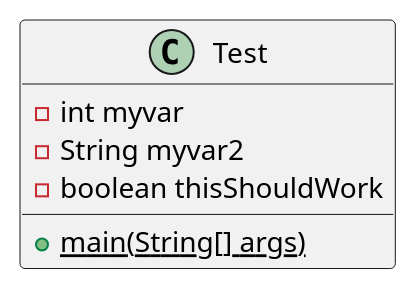
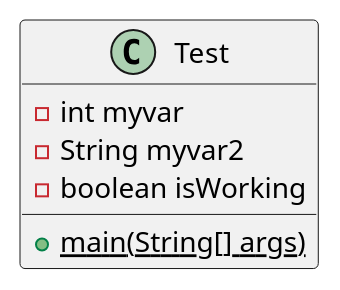
Before and after one commit to andrewdimmer/csi-3370-software-project-config-test: the diagram in docs/uml/test.puml, drawn with PlantUML.

```diff
--- a/docs/uml/test.puml
+++ b/docs/uml/test.puml
@@ -1,10 +1,10 @@
 @startuml test
 
 class Test {
     - int myvar
     - String myvar2
-    - boolean thisShouldWork
+    - boolean isWorking
     {static} + main(String[] args)
 }
 
 @enduml
```
